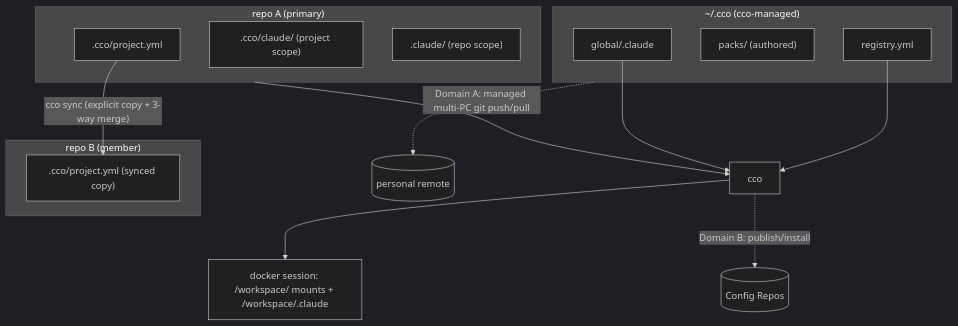
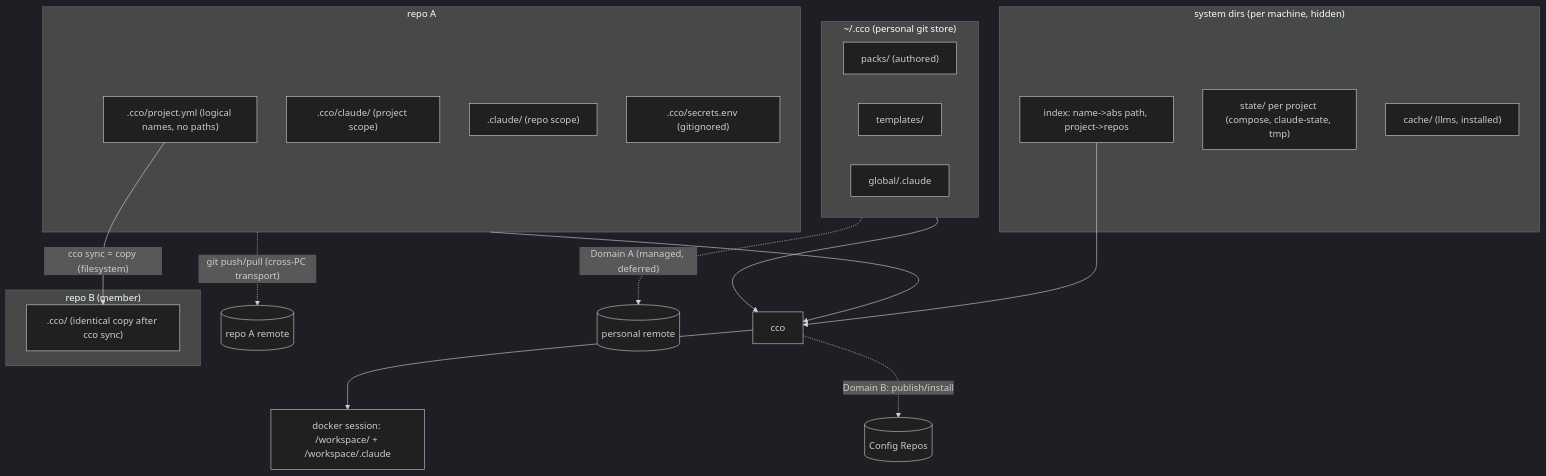
Before and after one commit to alergyonthestage/claude-orchestrator: the first of 3 diagrams in docs/maintainer/configuration/decentralized-config/design.md, drawn with Mermaid (dark theme). The commit also changed other lines of this file and 4 other files, not shown here.

First line of the commit message:
docs(decentralized-config): finalize sync-as-copy model; persist adversarial review

````diff
--- a/docs/maintainer/configuration/decentralized-config/design.md
+++ b/docs/maintainer/configuration/decentralized-config/design.md
@@ -21,23 +20,30 @@
 ```mermaid
 flowchart TB
-  subgraph repoA["repo A (primary)"]
-    A1[".cco/project.yml"]
+  subgraph repoA["repo A"]
+    A1[".cco/project.yml (logical names, no paths)"]
     A2[".cco/claude/ (project scope)"]
     A3[".claude/ (repo scope)"]
+    A4[".cco/secrets.env (gitignored)"]
   end
   subgraph repoB["repo B (member)"]
-    B1[".cco/project.yml (synced copy)"]
+    B1[".cco/ (identical copy after cco sync)"]
   end
-  subgraph home["~/.cco (cco-managed)"]
-    R["registry.yml"]
+  subgraph sys["system dirs (per machine, hidden)"]
+    IDX["index: name->abs path, project->repos"]
+    ST["state/ per project (compose, claude-state, tmp)"]
+    CA["cache/ (llms, installed)"]
+  end
+  subgraph home["~/.cco (personal git store)"]
     P["packs/ (authored)"]
+    T["templates/"]
     G["global/.claude"]
   end
-  A1 -- "cco sync (explicit copy + 3-way merge)" --> B1
-  R --> CCO[cco]
-  G --> CCO
+  A1 -- "cco sync = copy (filesystem)" --> B1
+  IDX --> CCO[cco]
   repoA --> CCO
-  CCO --> SESS["docker session: /workspace/<repo> mounts + /workspace/.claude"]
-  home -. "Domain A: managed multi-PC git push/pull" .-> REMOTE[(personal remote)]
-  CCO -. "Domain B: publish/install" .-> CONFIGREPO[(Config Repos)]
+  home --> CCO
+  CCO --> SESS["docker session: /workspace/<repo> + /workspace/.claude"]
+  repoA -. "git push/pull (cross-PC transport)" .-> REM[(repo A remote)]
+  home -. "Domain A (managed, deferred)" .-> PREM[(personal remote)]
+  CCO -. "Domain B: publish/install" .-> CR[(Config Repos)]
 ```
````
